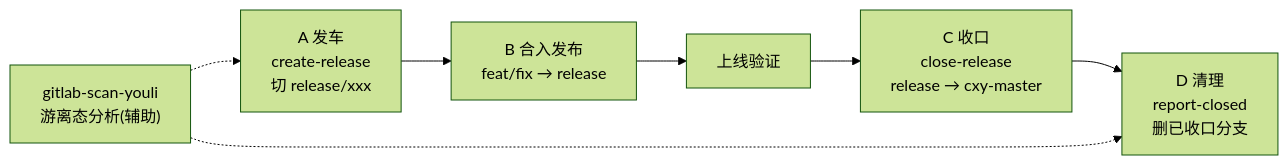
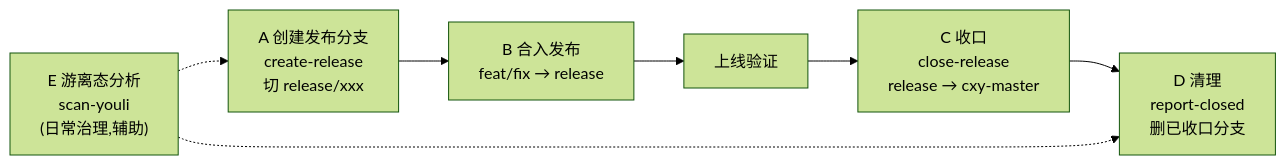
Before and after one commit to free-wyq/software-engineering-hub: the second of 2 diagrams in se-hub/references/integration/gitlab-release-train/SKILL.md, drawn with Mermaid (forest theme). The commit also changed other lines of this file and 1 other file, not shown here.

Commit message:
docs+refactor(gitlab-release-train): SKILL.md 补场景E游离态分析; 去口语化「发车」改为「创建发布分支」

````diff
--- a/se-hub/references/integration/gitlab-release-train/SKILL.md
+++ b/se-hub/references/integration/gitlab-release-train/SKILL.md
@@ -69,9 +69,9 @@
 ```mermaid
 flowchart LR
-    A["A 发车<br/>create-release<br/>切 release/xxx"] --> B["B 合入发布<br/>feat/fix → release"]
+    A["A 创建发布分支<br/>create-release<br/>切 release/xxx"] --> B["B 合入发布<br/>feat/fix → release"]
     B --> V["上线验证"]
     V --> C["C 收口<br/>close-release<br/>release → cxy-master"]
     C --> D["D 清理<br/>report-closed<br/>删已收口分支"]
-    S["gitlab-scan-youli<br/>游离态分析(辅助)"] -.-> A
+    S["E 游离态分析<br/>scan-youli<br/>(日常治理,辅助)"] -.-> A
     S -.-> D
 ```
````
